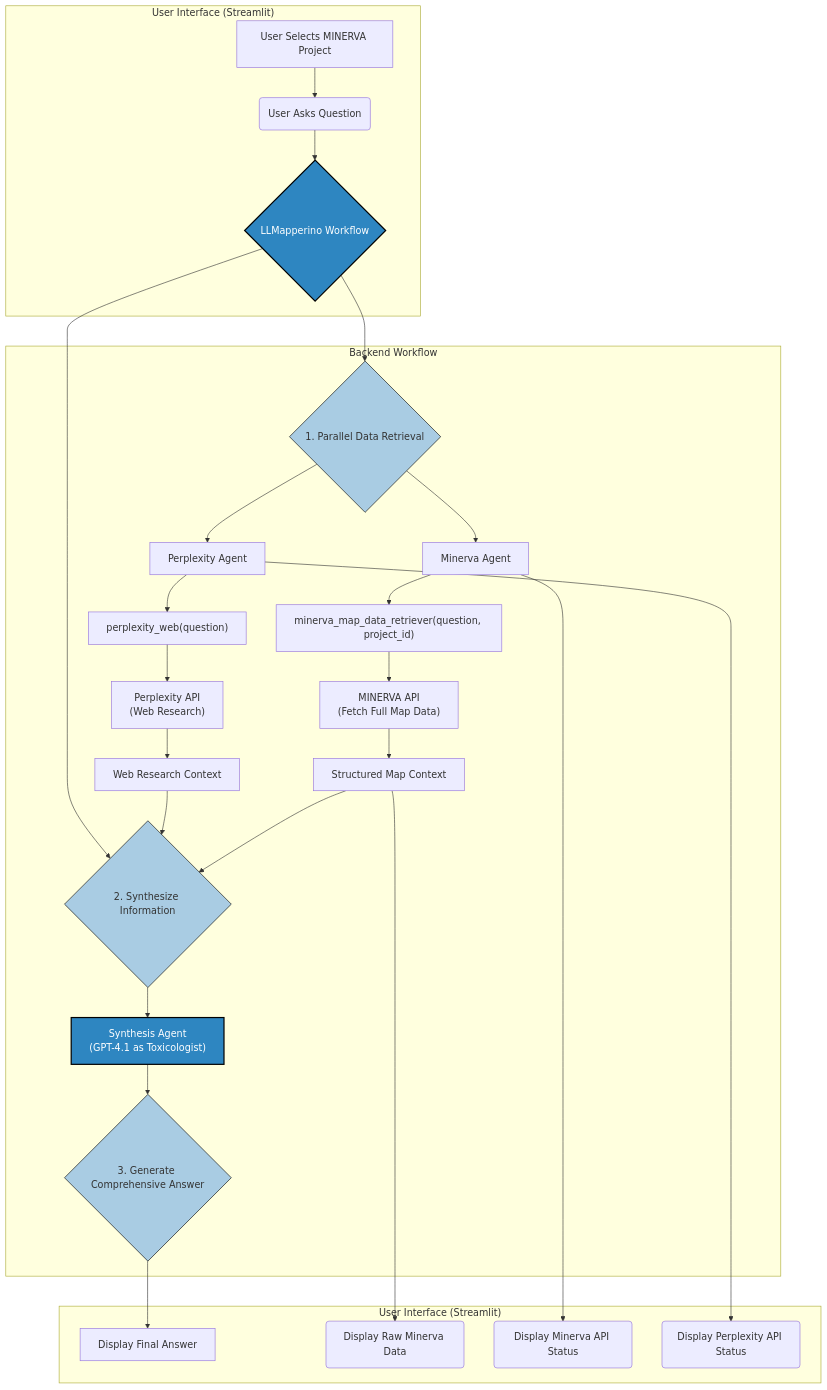
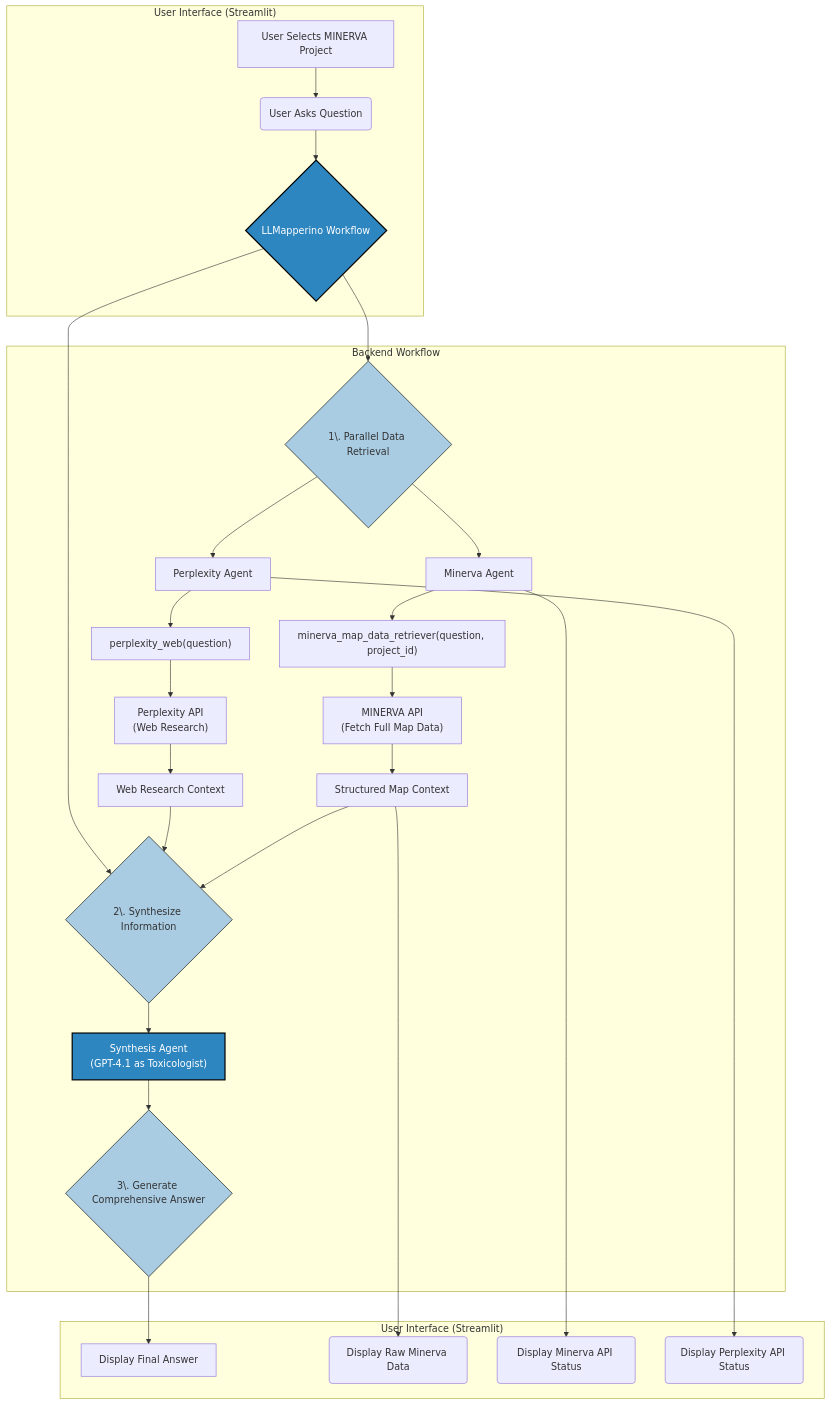
One commit to ontox-project/Llemy changed the diagram in README.md. Above: the diagram before and after it, drawn with Mermaid.

Commit message:
fixed mermaid diagram

````diff
--- a/README.md
+++ b/README.md
@@ -17,41 +17,41 @@
 ```mermaid
 graph TD
     subgraph "User Interface (Streamlit)"
         A[User Selects MINERVA Project] --> B;
         B(User Asks Question) --> C{LLMapperino Workflow};
     end
 
     subgraph "Backend Workflow"
-        C --> D{1. Parallel Data Retrieval};
+        C --> D{1\. Parallel Data Retrieval};
         D --> E[Minerva Agent];
         D --> F[Perplexity Agent];
 
         E --> G["minerva_map_data_retriever(question, project_id)"];
         G --> H["MINERVA API <br> (Fetch Full Map Data)"];
         H --> I[Structured Map Context];
 
         F --> J["perplexity_web(question)"];
         J --> K["Perplexity API <br> (Web Research)"];
         K --> L[Web Research Context];
 
-        I --> M{2. Synthesize Information};
+        I --> M{2\. Synthesize Information};
         L --> M;
         C --> M
 
         M --> N["Synthesis Agent <br> (GPT-4.1 as Toxicologist)"];
-        N --> O{3. Generate Comprehensive Answer};
+        N --> O{3\. Generate Comprehensive Answer};
     end
 
     subgraph "User Interface (Streamlit)"
         O --> P[Display Final Answer];
         I --> Q(Display Raw Minerva Data);
         E --> R(Display Minerva API Status);
         F --> S(Display Perplexity API Status);
     end
 
     style C fill:#2E86C1,stroke:#000,stroke-width:2px,color:#fff
     style N fill:#2E86C1,stroke:#000,stroke-width:2px,color:#fff
     style D fill:#A9CCE3,stroke:#000
     style M fill:#A9CCE3,stroke:#000
     style O fill:#A9CCE3,stroke:#000
 ```
````
